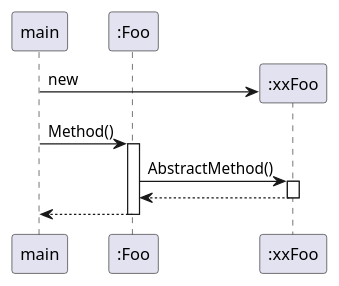
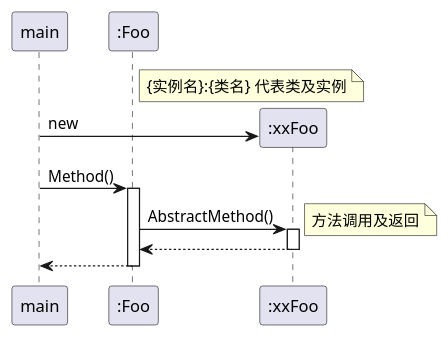
Before and after one commit to A11Might/golang-design-pattern: the diagram in tutorial/sequence.puml, drawn with PlantUML. The commit also changed 8 other files, not shown here.

Commit message:
add uml tutorial

```diff
--- a/tutorial/sequence.puml
+++ b/tutorial/sequence.puml
@@ -1,15 +1,19 @@
 @startuml
 'https://plantuml.com/sequence-diagram
 
 participant "main" as main
 participant ":Foo" as foo
+note right of foo
+    {实例名}:{类名} 代表类及实例
+end note
 
 create ":xxFoo" as xxfoo
 main -> xxfoo: new
 autoactivate on
 main -> foo: Method()
 foo -> xxfoo: AbstractMethod()
+note right: 方法调用及返回
 return
 return
 
 @enduml
```
